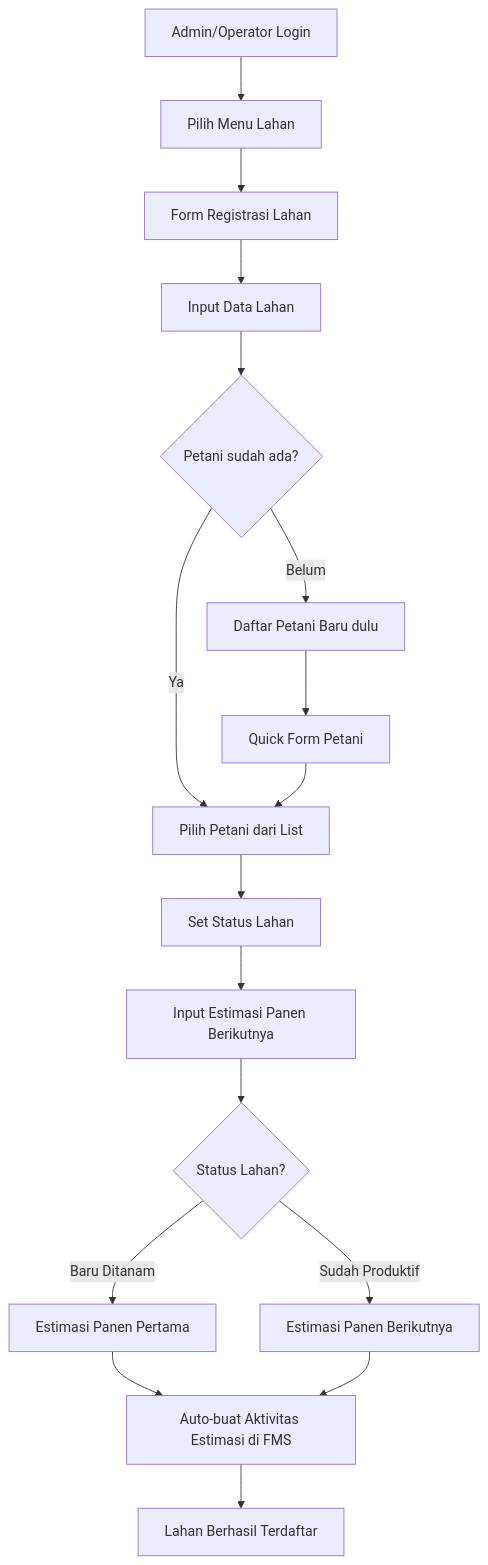
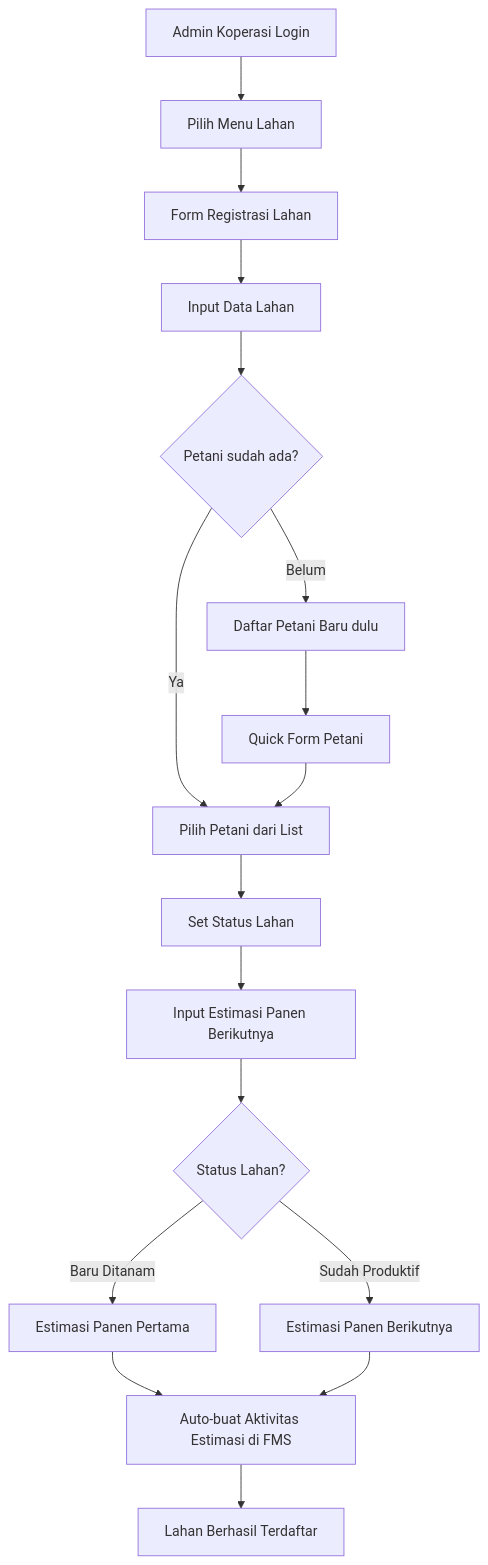
One commit to ahmaddiqi/Coop-coffee changed the third of 9 diagrams in PRD-Coffee-Cooperative-System.md. Above: the diagram before and after it, drawn with Mermaid. The commit also changed other lines of this file, not shown here.

````diff
--- a/PRD-Coffee-Cooperative-System.md
+++ b/PRD-Coffee-Cooperative-System.md
@@ -344,22 +334,22 @@
 ```mermaid
 flowchart TD
-    A[Admin/Operator Login] --> B[Pilih Menu Lahan]
+    A[Admin Koperasi Login] --> B[Pilih Menu Lahan]
     B --> C[Form Registrasi Lahan]
     C --> D[Input Data Lahan]
     D --> E{Petani sudah ada?}
     
     E -->|Ya| F[Pilih Petani dari List]
     E -->|Belum| G[Daftar Petani Baru dulu]
     G --> H[Quick Form Petani]
     H --> F
     
     F --> I[Set Status Lahan]
     I --> J[Input Estimasi Panen Berikutnya]
     J --> K{Status Lahan?}
     K -->|Baru Ditanam| L[Estimasi Panen Pertama]
     K -->|Sudah Produktif| M[Estimasi Panen Berikutnya]
     
     L --> N[Auto-buat Aktivitas Estimasi di FMS]
     M --> N
     N --> O[Lahan Berhasil Terdaftar]
 ```
````
